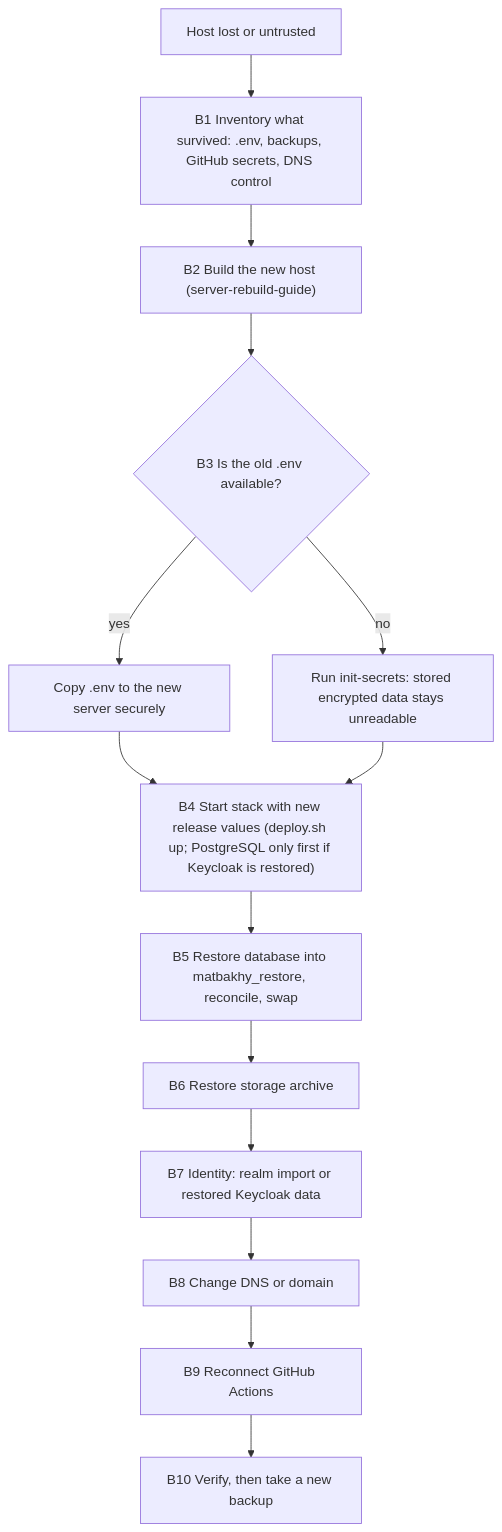
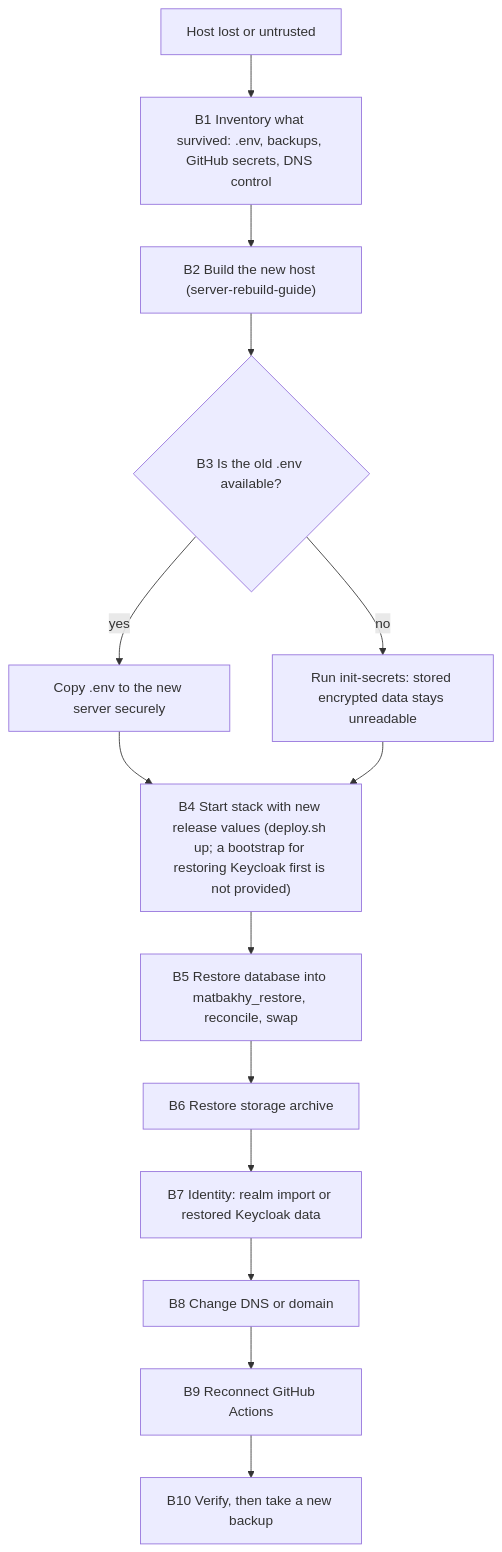
Before and after one commit to afawzy70/Matbakhy-v1: the diagram in docs/developer-handbook/08-infrastructure/backup-restore-disaster-recovery-ar.md, drawn with Mermaid. The commit also changed other lines of this file and 26 other files, not shown here.

````diff
--- a/docs/developer-handbook/08-infrastructure/backup-restore-disaster-recovery-ar.md
+++ b/docs/developer-handbook/08-infrastructure/backup-restore-disaster-recovery-ar.md
@@ -137,16 +138,16 @@
 ```mermaid
 flowchart TD
     start["Host lost or untrusted"] --> inv["B1 Inventory what survived: .env, backups, GitHub secrets, DNS control"]
     inv --> host["B2 Build the new host (server-rebuild-guide)"]
     host --> keep{"B3 Is the old .env available?"}
     keep -->|"yes"| copy["Copy .env to the new server securely"]
     keep -->|"no"| fresh["Run init-secrets: stored encrypted data stays unreadable"]
-    copy --> up["B4 Start stack with new release values (deploy.sh up; PostgreSQL only first if Keycloak is restored)"]
+    copy --> up["B4 Start stack with new release values (deploy.sh up; a bootstrap for restoring Keycloak first is not provided)"]
     fresh --> up
     up --> db["B5 Restore database into matbakhy_restore, reconcile, swap"]
     db --> stor["B6 Restore storage archive"]
     stor --> id["B7 Identity: realm import or restored Keycloak data"]
     id --> dns["B8 Change DNS or domain"]
     dns --> gh["B9 Reconnect GitHub Actions"]
     gh --> verify["B10 Verify, then take a new backup"]
 ```
````
